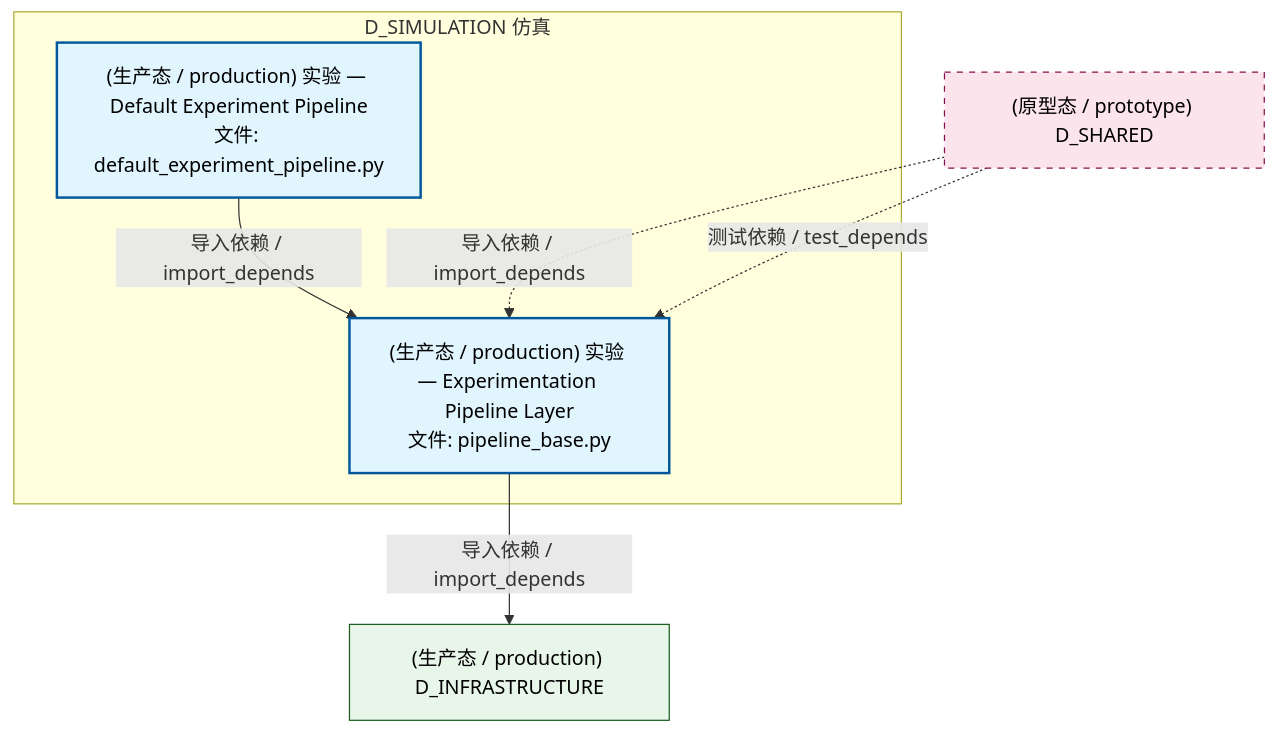
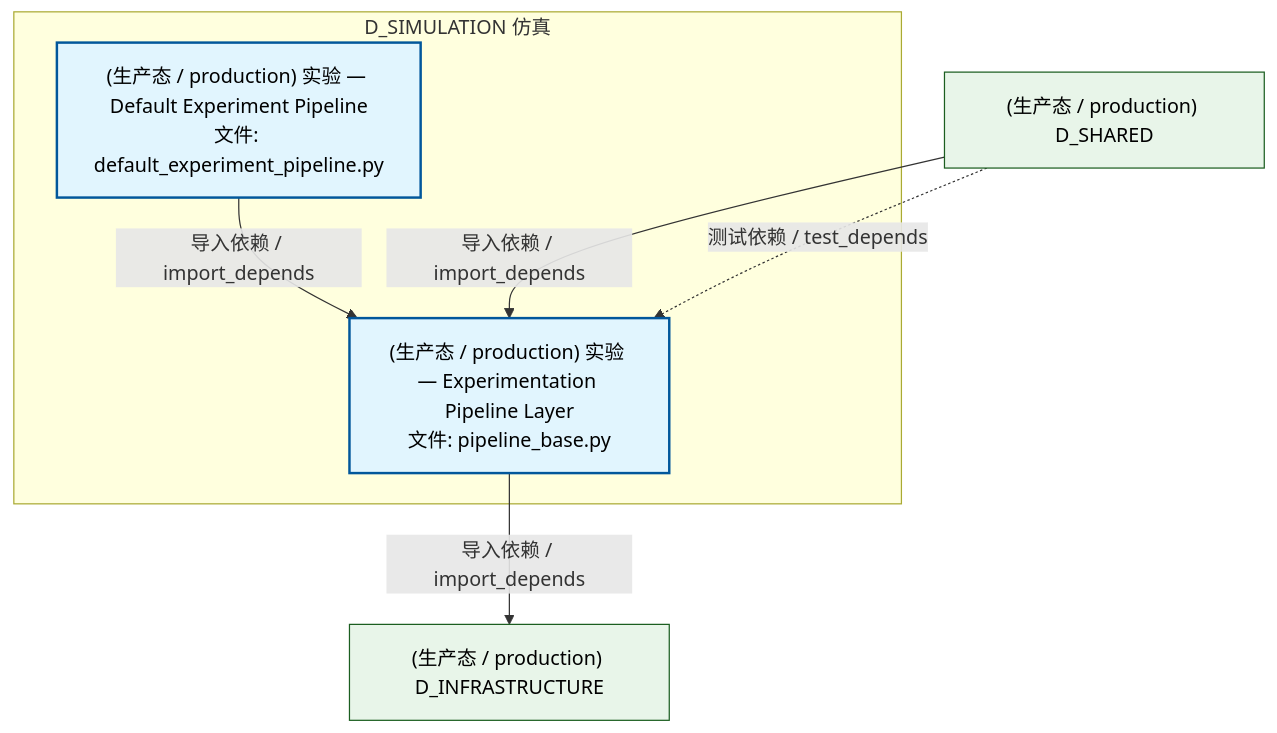
Before and after one commit to xuanFelixVan/ZephyrAlpha: the second of 5 diagrams in docs/02_enterprise_architecture/02_domain_architecture_docs/57_d_simulation.md, drawn with Mermaid. The commit also changed other lines of this file and 126 other files, not shown here.

````diff
--- a/docs/02_enterprise_architecture/02_domain_architecture_docs/57_d_simulation.md
+++ b/docs/02_enterprise_architecture/02_domain_architecture_docs/57_d_simulation.md
@@ -112,20 +112,19 @@
 ```mermaid
 graph TD
     subgraph D_SIMULATION["D_SIMULATION 仿真"]
         src_zephyr_simulation_implementations_default_experiment_pipeline_py["(生产态 / production) 实验 — Default Experiment Pipeline<br/>文件: default_experiment_pipeline.py"]
         src_zephyr_simulation_pipeline_base_py["(生产态 / production) 实验 — Experimentation Pipeline Layer<br/>文件: pipeline_base.py"]
     end
     src_zephyr_simulation_implementations_default_experiment_pipeline_py -->|导入依赖 / import_depends| src_zephyr_simulation_pipeline_base_py
     D_INFRASTRUCTURE["(生产态 / production) D_INFRASTRUCTURE"]
     src_zephyr_simulation_pipeline_base_py -->|导入依赖 / import_depends| D_INFRASTRUCTURE
-    D_SHARED["(原型态 / prototype) D_SHARED"]
-    D_SHARED -.->|导入依赖 / import_depends| src_zephyr_simulation_pipeline_base_py
+    D_SHARED["(生产态 / production) D_SHARED"]
+    D_SHARED -->|导入依赖 / import_depends| src_zephyr_simulation_pipeline_base_py
     D_SHARED -.->|测试依赖 / test_depends| src_zephyr_simulation_pipeline_base_py
     classDef production fill:#e1f5fe,stroke:#01579b,stroke-width:2px,color:#000
     classDef design fill:#fff3e0,stroke:#e65100,stroke-width:2px,color:#000,stroke-dasharray: 5 5
     classDef external_prod fill:#e8f5e9,stroke:#1b5e20,stroke-width:1px,color:#000
     classDef external_design fill:#fce4ec,stroke:#880e4f,stroke-width:1px,color:#000,stroke-dasharray: 5 5
     class src_zephyr_simulation_implementations_default_experiment_pipeline_py,src_zephyr_simulation_pipeline_base_py production
-    class D_INFRASTRUCTURE external_prod
-    class D_SHARED external_design
+    class D_INFRASTRUCTURE,D_SHARED external_prod
 ```
````
